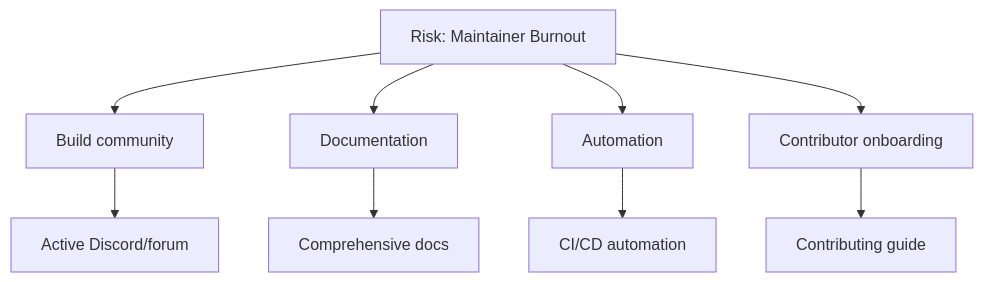
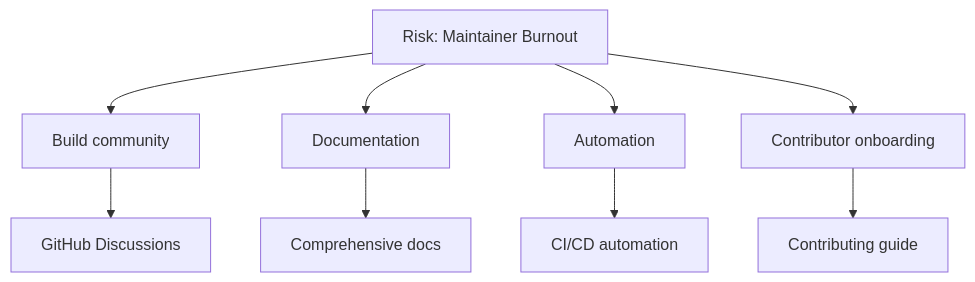
The sixth of 11 diagrams in docs/16-risk-management.md (AntoineTROOVY/Sherlo), drawn with Mermaid before and after one commit. The commit also changed other lines of this file and 9 other files, not shown here.

````diff
--- a/docs/16-risk-management.md
+++ b/docs/16-risk-management.md
@@ -266,12 +266,12 @@
 ```mermaid
 flowchart TB
     R[Risk: Maintainer Burnout] --> M1[Build community]
     R --> M2[Documentation]
     R --> M3[Automation]
     R --> M4[Contributor onboarding]
 
-    M1 --> A1[Active Discord/forum]
+    M1 --> A1[GitHub Discussions]
     M2 --> A2[Comprehensive docs]
     M3 --> A3[CI/CD automation]
     M4 --> A4[Contributing guide]
 ```
````
